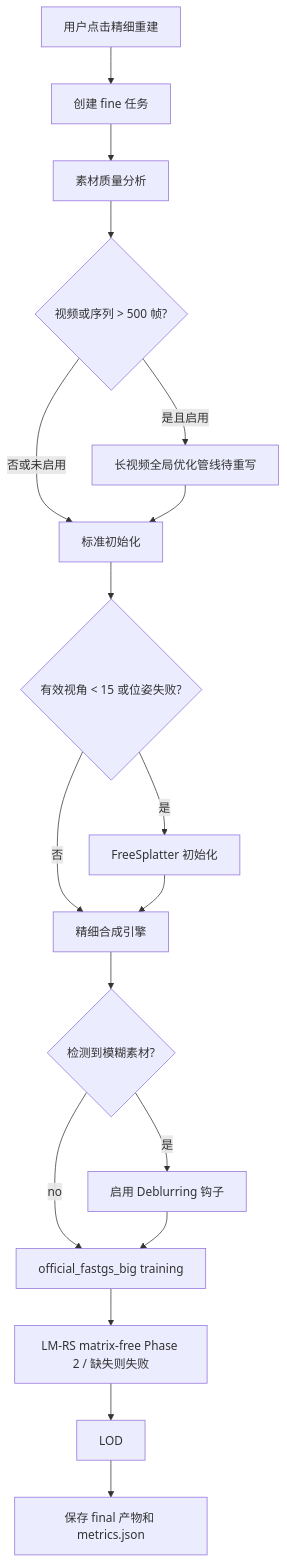
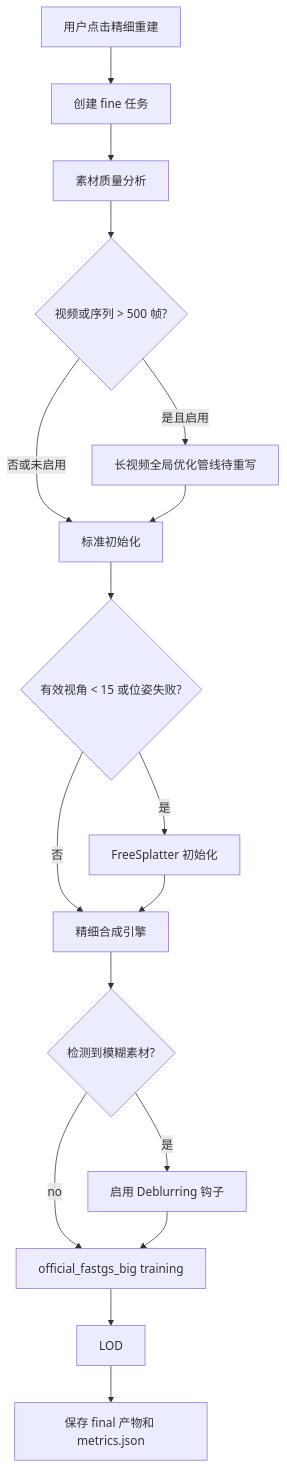
One commit to Braveliu66/3dgsbi changed the second of 3 diagrams in doc/03-workflows-state.md. Above: the diagram before and after it, drawn with Mermaid. The commit also changed 1644 other files, not shown here.

````diff
--- a/doc/03-workflows-state.md
+++ b/doc/03-workflows-state.md
@@ -66,20 +66,19 @@
 ```mermaid
 flowchart TD
     Start["用户点击精细重建"] --> Queue["创建 fine 任务"]
     Queue --> Analysis["素材质量分析"]
     Analysis --> LongVideo{"视频或序列 > 500 帧?"}
     LongVideo -- 是且启用 --> Global["长视频全局优化管线待重写"]
     LongVideo -- 否或未启用 --> Init["标准初始化"]
     Global --> Init
     Init --> Sparse{"有效视角 < 15 或位姿失败?"}
     Sparse -- 是 --> FreeSplatter["FreeSplatter 初始化"]
     Sparse -- 否 --> Engine["精细合成引擎"]
     FreeSplatter --> Engine
     Engine --> Blur{"检测到模糊素材?"}
     Blur -- 是 --> Deblur["启用 Deblurring 钩子"]
     Blur -- no --> Train["official_fastgs_big training"]
     Deblur --> Train
-    Train --> LM["LM-RS matrix-free Phase 2 / 缺失则失败"]
-    LM --> LOD
+    Train --> LOD
     LOD --> Save["保存 final 产物和 metrics.json"]
 ```
````
